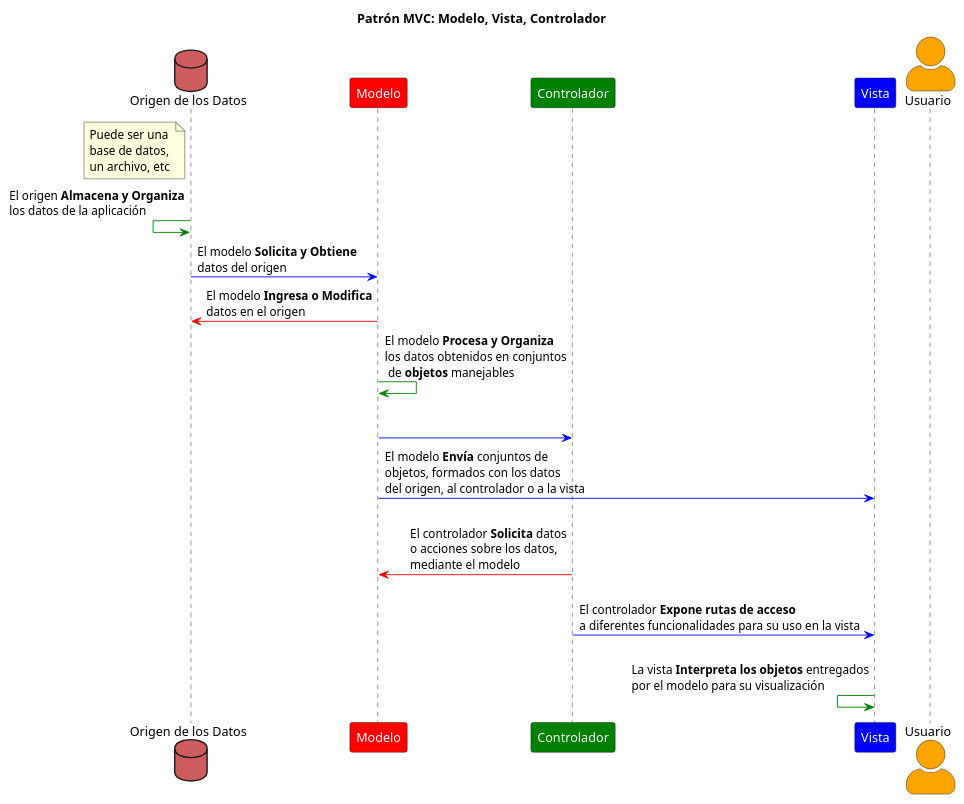
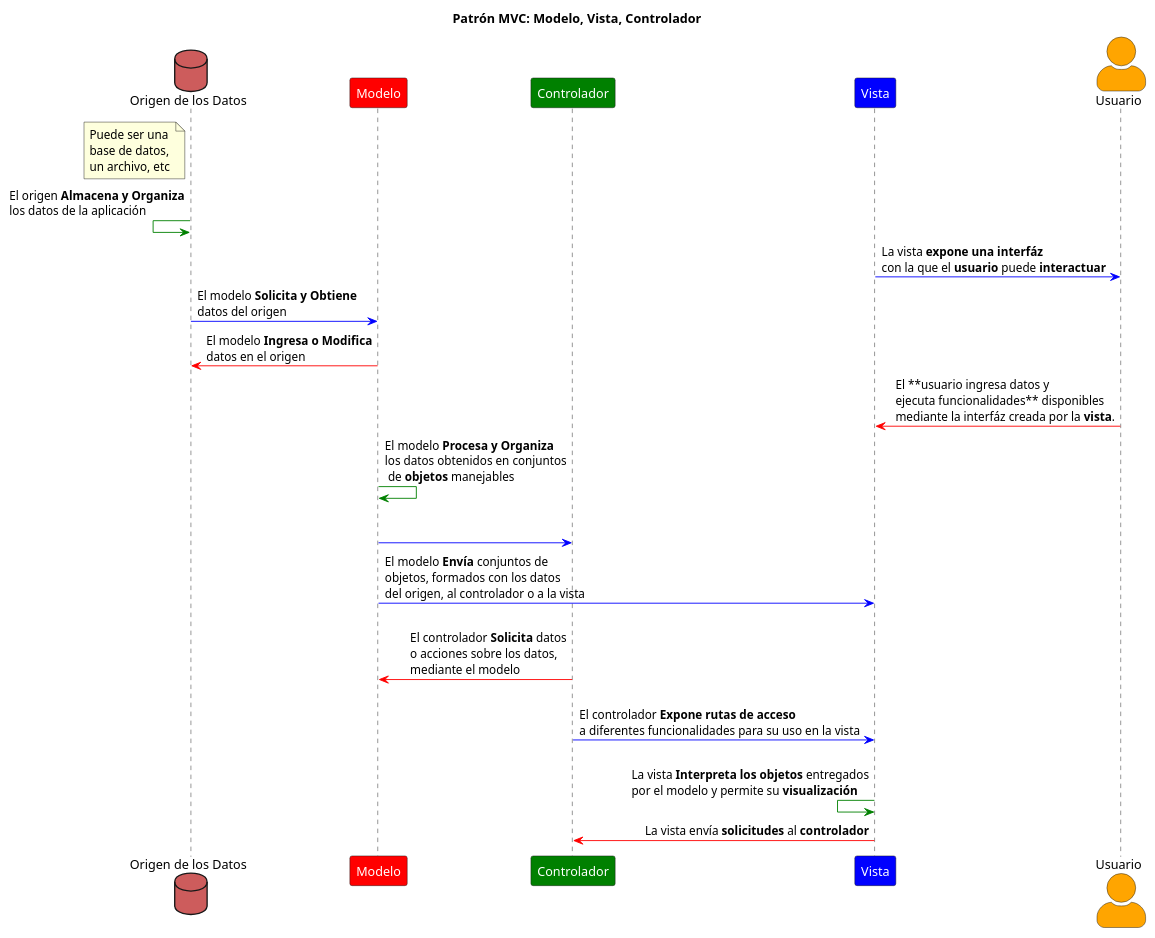
The diagram in documentacion/diagramaMVC.puml (kurotori/Backend), drawn with PlantUML before and after one commit.

Commit message:
Actualiza el diagrama MVC: agrega detalles sobre la interacción de la vista con el usuario y mejora la claridad de la visualización de datos.

```diff
--- a/documentacion/diagramaMVC.puml
+++ b/documentacion/diagramaMVC.puml
@@ -1,35 +1,40 @@
 @startuml DiagramaMVC
 skinparam actorStyle awesome
 skinparam sequenceMessageAlign direction
 <style>
     root {
         FontColor #?black:white
     }
 </style>
 
 title Patrón MVC: Modelo, Vista, Controlador
 
 database origendatos as "Origen de los Datos" #IndianRed 
 participant modelo as "Modelo" #Red
 participant controlador as "Controlador" #Green
 participant vista as "Vista" #Blue
 actor usuario as "Usuario" #Orange
 
 note left of origendatos
 Puede ser una 
 base de datos, 
 un archivo, etc
 end note
 
 origendatos <[#Green]- origendatos: El origen **Almacena y Organiza**\nlos datos de la aplicación
 
+vista -[#Blue]> usuario: La vista **expone una interfáz**\ncon la que el **usuario** puede **interactuar**
+
 modelo <[#Blue]- origendatos: El modelo **Solicita y Obtiene**\ndatos del origen
 modelo -[#Red]> origendatos: El modelo **Ingresa o Modifica**\ndatos en el origen
+vista <[#Red]- usuario: El **usuario ingresa datos y\nejecuta funcionalidades** disponibles\nmediante la interfáz creada por la **vista**.
 modelo -[#Green]> modelo: El modelo **Procesa y Organiza**\nlos datos obtenidos en conjuntos\n de **objetos** manejables
 
 modelo -[#Blue]> controlador: \n
 modelo -[#Blue]> vista: El modelo **Envía** conjuntos de\nobjetos, formados con los datos\ndel origen, al controlador o a la vista
+
 controlador -[#Red]> modelo: \nEl controlador **Solicita** datos\no acciones sobre los datos,\nmediante el modelo
 controlador-[#Blue]> vista: \nEl controlador **Expone rutas de acceso**\na diferentes funcionalidades para su uso en la vista
-vista <[#Green]- vista: \nLa vista **Interpreta los objetos** entregados\npor el modelo para su visualización
+vista <[#Green]- vista: \nLa vista **Interpreta los objetos** entregados\npor el modelo y permite su **visualización**
+controlador<[#Red]- vista: La vista envía **solicitudes** al **controlador**
 @enduml
```
